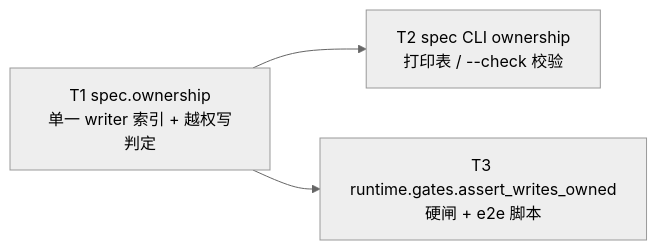
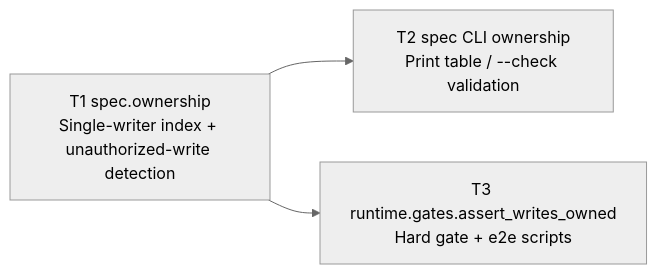
One commit to Curry09/OpenAgents changed the diagram in docs/specs/0071-single-writer-ownership-guard.md. Above: the diagram before and after it, drawn with Mermaid (neutral theme). The commit also changed other lines of this file and 461 other files, not shown here.

````diff
--- a/docs/specs/0071-single-writer-ownership-guard.md
+++ b/docs/specs/0071-single-writer-ownership-guard.md
@@ -189,5 +189,5 @@
 ```mermaid
 graph LR
-    T1["T1 spec.ownership<br/>单一 writer 索引 + 越权写判定"] --> T2["T2 spec CLI ownership<br/>打印表 / --check 校验"]
-    T1 --> T3["T3 runtime.gates.assert_writes_owned<br/>硬闸 + e2e 脚本"]
+    T1["T1 spec.ownership<br/>Single-writer index + unauthorized-write detection"] --> T2["T2 spec CLI ownership<br/>Print table / --check validation"]
+    T1 --> T3["T3 runtime.gates.assert_writes_owned<br/>Hard gate + e2e scripts"]
 ```
````
